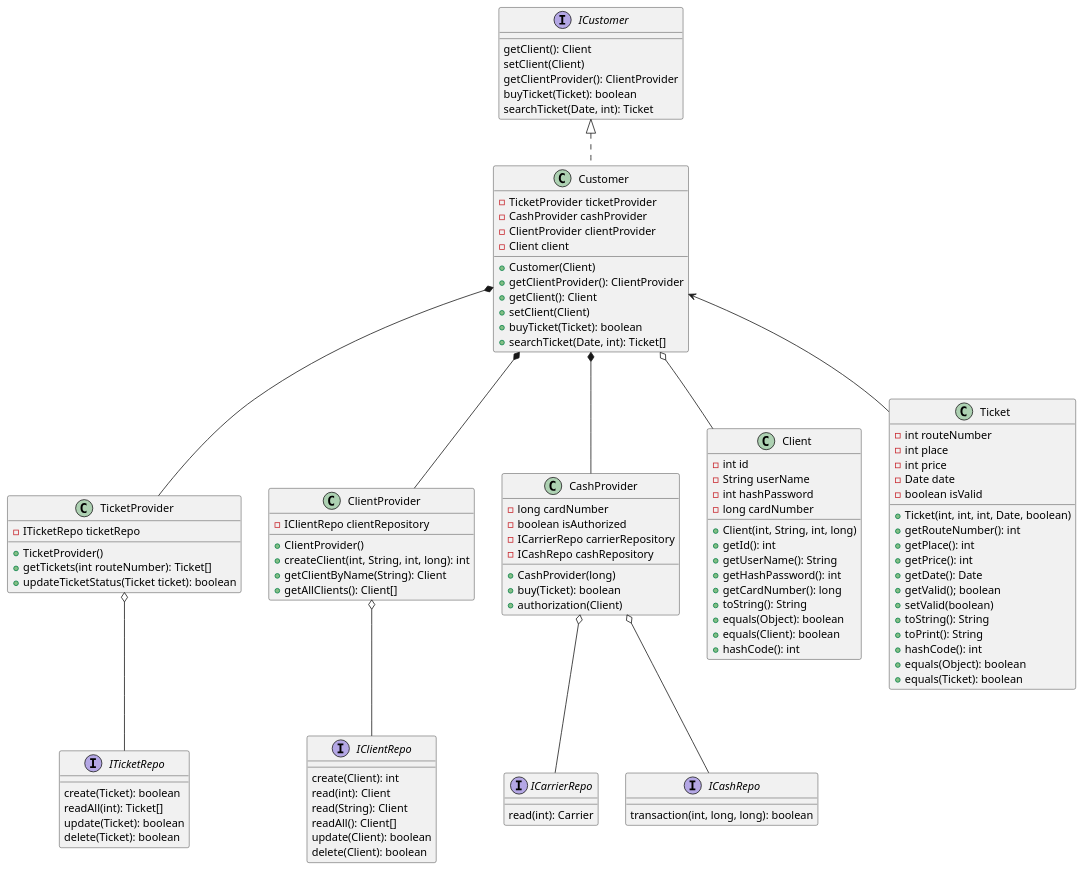
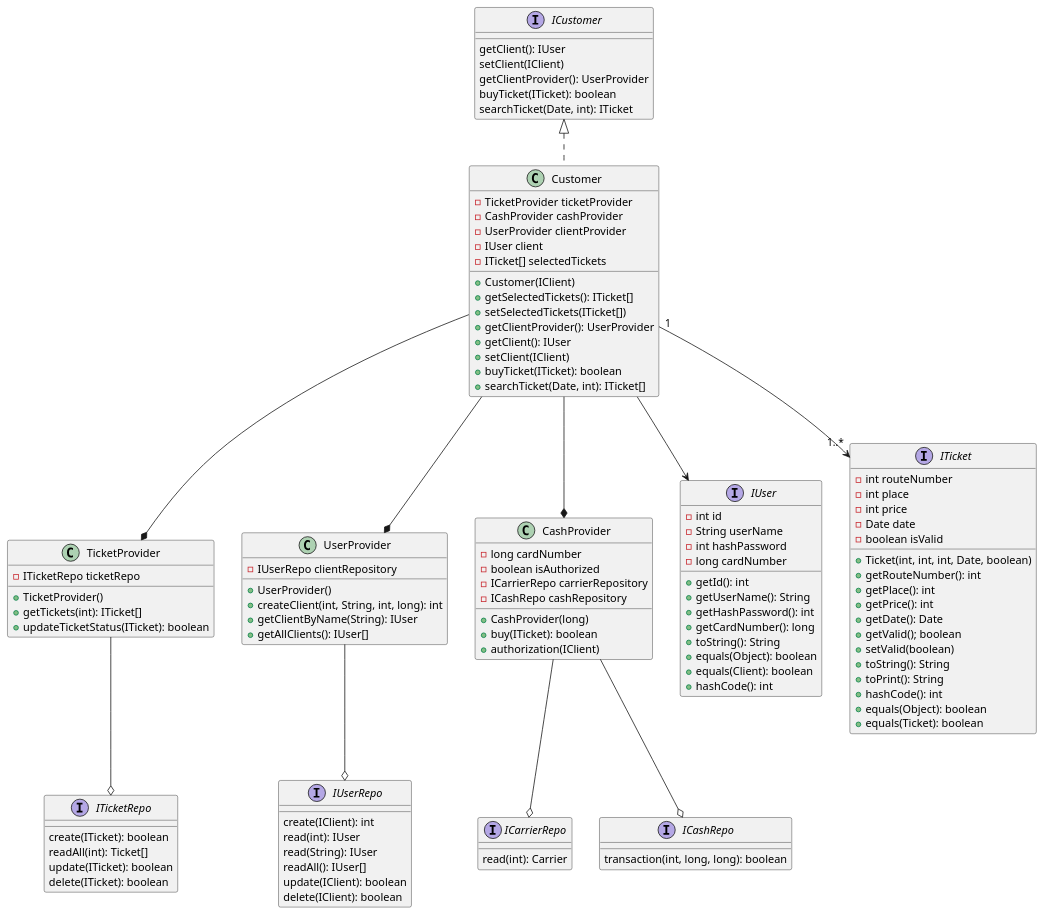
Before and after one commit to Demetrius81/Software_architecture: the diagram in Lesson4/HomeWork4/src/Core/CoreDiag.puml, drawn with PlantUML. The commit also changed 20 other files, not shown here.

```diff
--- a/Lesson4/HomeWork4/src/Core/CoreDiag.puml
+++ b/Lesson4/HomeWork4/src/Core/CoreDiag.puml
@@ -1,128 +1,130 @@
 @startuml
 'https://plantuml.com/class-diagram
 
 class Customer implements ICustomer {
     - TicketProvider ticketProvider
     - CashProvider cashProvider
-    - ClientProvider clientProvider
-    - Client client
+    - UserProvider clientProvider
+    - IUser client
+    - ITicket[] selectedTickets
 
-    + Customer(Client)
-    + getClientProvider(): ClientProvider
-    + getClient(): Client
-    + setClient(Client)
-    + buyTicket(Ticket): boolean
-    + searchTicket(Date, int): Ticket[]
+    + Customer(IClient)
+    + getSelectedTickets(): ITicket[]
+    + setSelectedTickets(ITicket[])
+    + getClientProvider(): UserProvider
+    + getClient(): IUser
+    + setClient(IClient)
+    + buyTicket(ITicket): boolean
+    + searchTicket(Date, int): ITicket[]
 }
 
 class TicketProvider {
     - ITicketRepo ticketRepo
 
     + TicketProvider()
-    + getTickets(int routeNumber): Ticket[]
-    + updateTicketStatus(Ticket ticket): boolean
+    + getTickets(int): ITicket[]
+    + updateTicketStatus(ITicket): boolean
 }
 
-class ClientProvider {
-    - IClientRepo clientRepository
+class UserProvider {
+    - IUserRepo clientRepository
 
-    + ClientProvider()
+    + UserProvider()
     + createClient(int, String, int, long): int
-    + getClientByName(String): Client
-    + getAllClients(): Client[]
+    + getClientByName(String): IUser
+    + getAllClients(): IUser[]
 }
 
 class CashProvider {
     - long cardNumber
     - boolean isAuthorized
     - ICarrierRepo carrierRepository
     - ICashRepo cashRepository
 
     + CashProvider(long)
-    + buy(Ticket): boolean
-    + authorization(Client)
+    + buy(ITicket): boolean
+    + authorization(IClient)
 }
 
-class Client {
+interface IUser {
     - int id
     - String userName
     - int hashPassword
     - long cardNumber
 
-    + Client(int, String, int, long)
     + getId(): int
     + getUserName(): String
     + getHashPassword(): int
     + getCardNumber(): long
     + toString(): String
     + equals(Object): boolean
     + equals(Client): boolean
     + hashCode(): int
 }
 
-class Ticket {
+interface ITicket {
     - int routeNumber
     - int place
     - int price
     - Date date
     - boolean isValid
 
     + Ticket(int, int, int, Date, boolean)
     + getRouteNumber(): int
     + getPlace(): int
     + getPrice(): int
     + getDate(): Date
     + getValid(); boolean
     + setValid(boolean)
     + toString(): String
     + toPrint(): String
     + hashCode(): int
     + equals(Object): boolean
     + equals(Ticket): boolean
 }
 
 interface ICustomer {
-    getClient(): Client
-    setClient(Client)
-    getClientProvider(): ClientProvider
-    buyTicket(Ticket): boolean
-    searchTicket(Date, int): Ticket
+    getClient(): IUser
+    setClient(IClient)
+    getClientProvider(): UserProvider
+    buyTicket(ITicket): boolean
+    searchTicket(Date, int): ITicket
 }
 
 interface ICarrierRepo {
      read(int): Carrier
 }
 
 interface ICashRepo {
     transaction(int, long, long): boolean
 }
 
-interface IClientRepo {
-    create(Client): int
-    read(int): Client
-    read(String): Client
-    readAll(): Client[]
-    update(Client): boolean
-    delete(Client): boolean
+interface IUserRepo {
+    create(IClient): int
+    read(int): IUser
+    read(String): IUser
+    readAll(): IUser[]
+    update(IClient): boolean
+    delete(IClient): boolean
 }
 
 interface ITicketRepo {
-    create(Ticket): boolean
+    create(ITicket): boolean
     readAll(int): Ticket[]
-    update(Ticket): boolean
-    delete(Ticket): boolean
+    update(ITicket): boolean
+    delete(ITicket): boolean
 }
 
 
-Customer *-- TicketProvider
-Customer *-- CashProvider
-Customer *-- ClientProvider
-Customer o-- Client
-Customer <-- Ticket
+Customer --* TicketProvider
+Customer --* CashProvider
+Customer --* UserProvider
+Customer --> IUser
+Customer "1" --> "1..*" ITicket
 
-TicketProvider o-- ITicketRepo
-CashProvider o-- ICashRepo
-CashProvider o-- ICarrierRepo
-ClientProvider o-- IClientRepo
+TicketProvider --o ITicketRepo
+CashProvider --o ICashRepo
+CashProvider --o ICarrierRepo
+UserProvider --o IUserRepo
 
 @enduml
```
